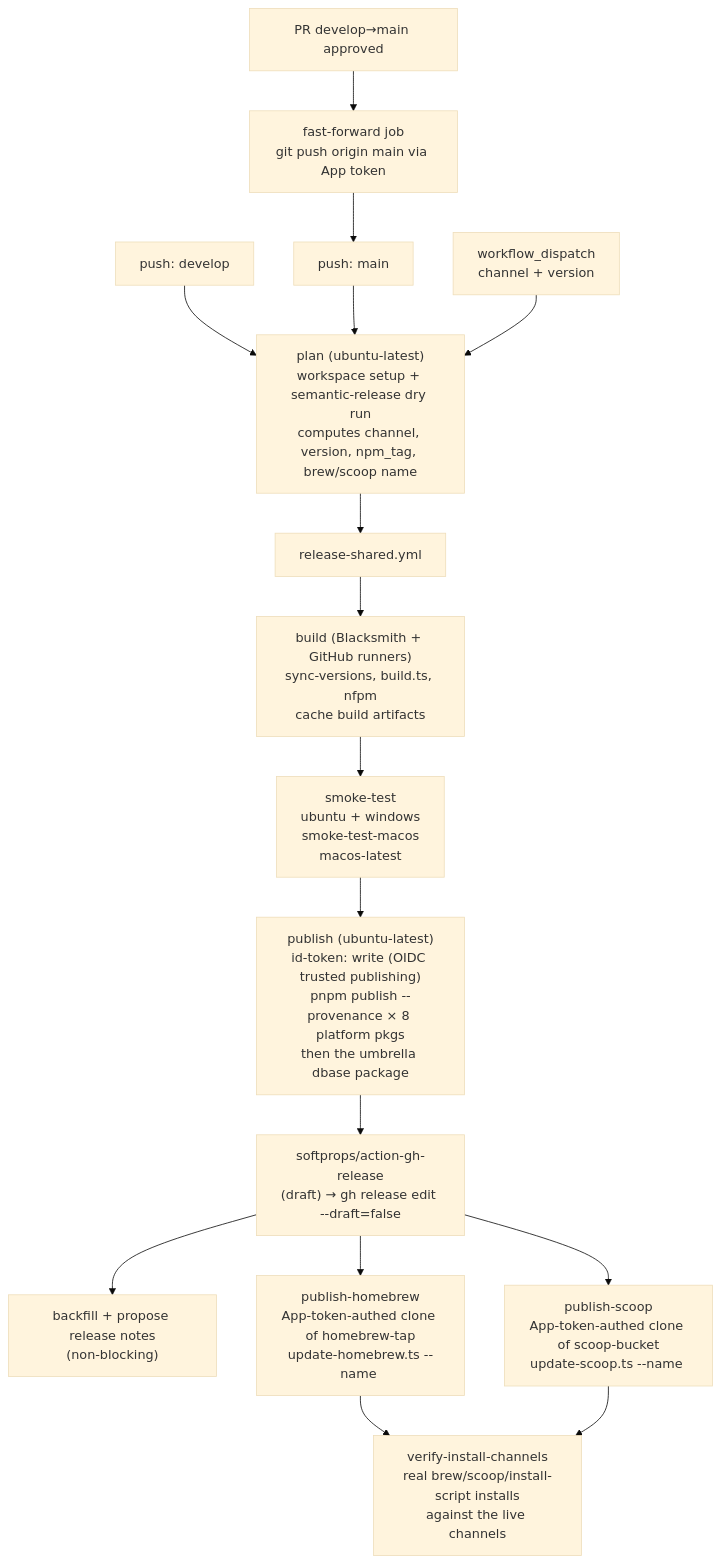
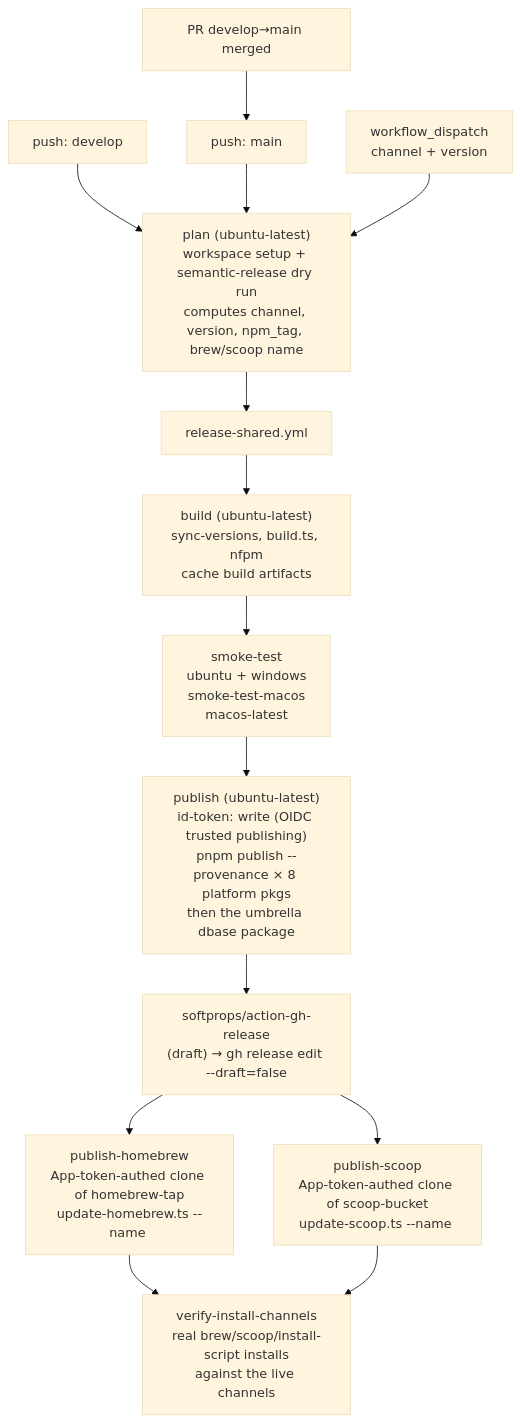
One commit to DBase-to/cli changed the second of 2 diagrams in apps/cli/docs/release-process.md. Above: the diagram before and after it, drawn with Mermaid (base theme). The commit also changed other lines of this file and 368 other files, not shown here.

````diff
--- a/apps/cli/docs/release-process.md
+++ b/apps/cli/docs/release-process.md
@@ -300,22 +294,20 @@
 ```mermaid
 flowchart TD
     pushDev[push: develop] --> plan
     pushMain[push: main] --> plan
-    pr[PR develop→main approved] --> ff[fast-forward job<br/>git push origin main via App token]
-    ff --> pushMain
+    pr[PR develop→main merged] --> pushMain
     dispatch[workflow_dispatch<br/>channel + version] --> plan
 
     plan["plan (ubuntu-latest)<br/>workspace setup + semantic-release dry run<br/>computes channel, version, npm_tag, brew/scoop name"]
     plan --> shared
 
     shared["release-shared.yml"]
-    shared --> build["build (Blacksmith + GitHub runners)<br/>sync-versions, build.ts, nfpm<br/>cache build artifacts"]
+    shared --> build["build (ubuntu-latest)<br/>sync-versions, build.ts, nfpm<br/>cache build artifacts"]
     build --> smoke["smoke-test<br/>ubuntu + windows<br/>smoke-test-macos<br/>macos-latest"]
     smoke --> pub["publish (ubuntu-latest)<br/>id-token: write (OIDC trusted publishing)<br/>pnpm publish --provenance × 8 platform pkgs<br/>then the umbrella dbase package"]
     pub --> rel["softprops/action-gh-release<br/>(draft) → gh release edit --draft=false"]
-    rel --> notes["backfill + propose release notes<br/>(non-blocking)"]
     rel --> hb["publish-homebrew<br/>App-token-authed clone of homebrew-tap<br/>update-homebrew.ts --name <brew_name>"]
     rel --> sc["publish-scoop<br/>App-token-authed clone of scoop-bucket<br/>update-scoop.ts --name <scoop_name>"]
     hb --> vic["verify-install-channels<br/>real brew/scoop/install-script installs<br/>against the live channels"]
     sc --> vic
 ```
````
